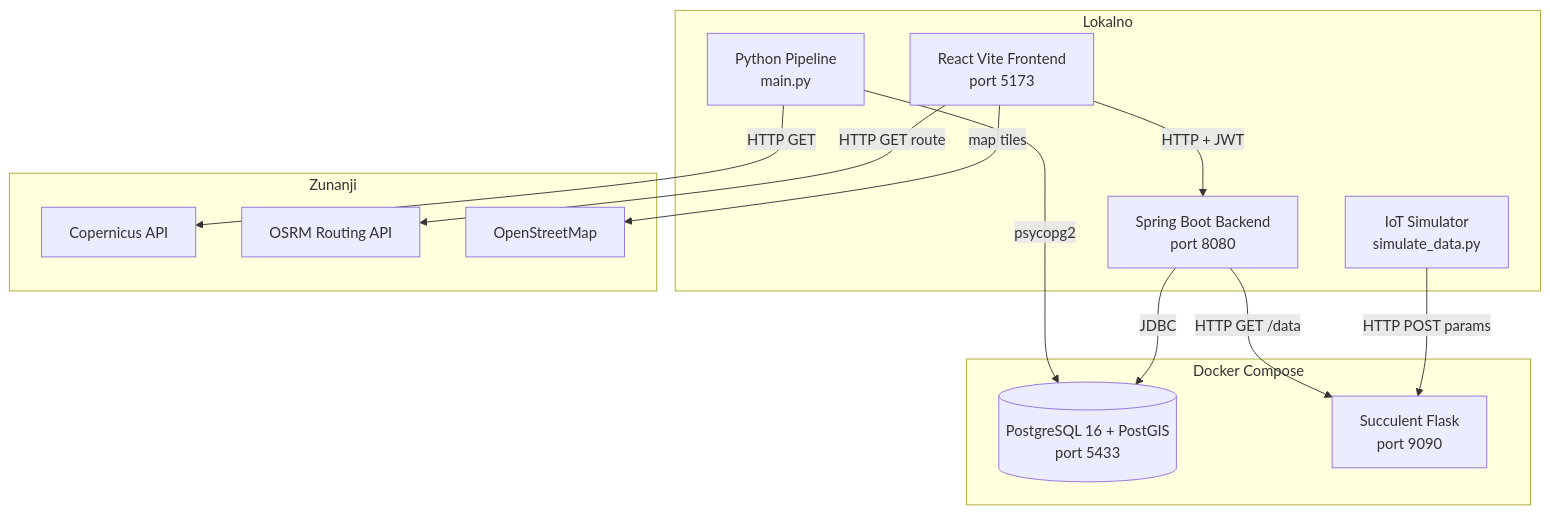
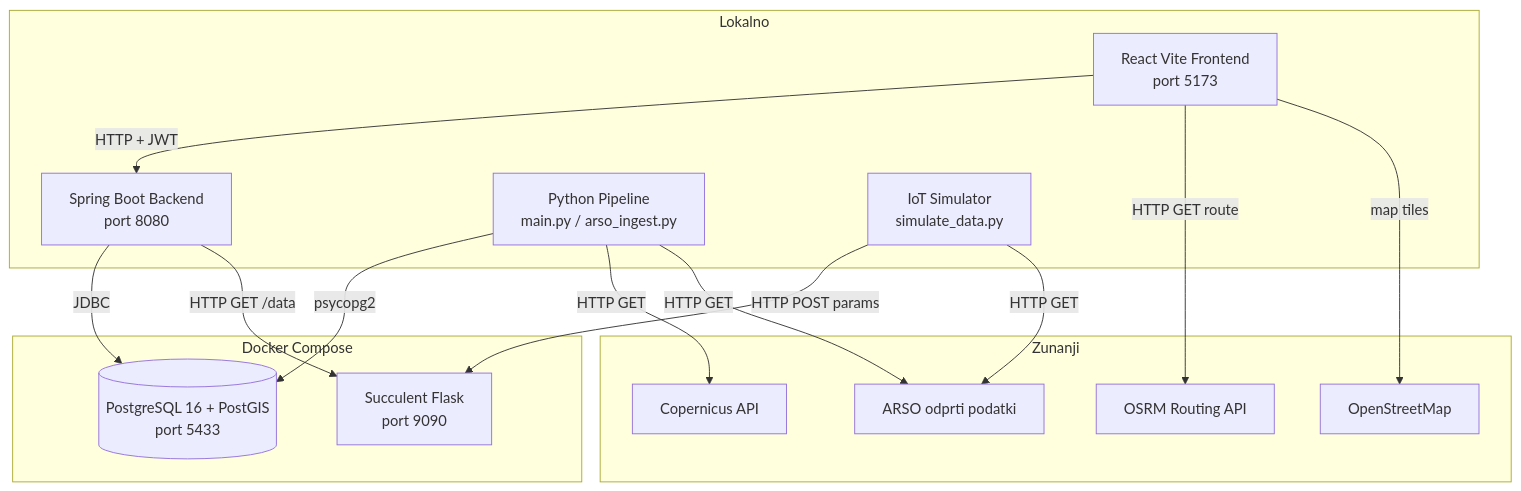
One commit to Lupet007/ecoflow changed the seventh of 10 diagrams in README.md. Above: the diagram before and after it, drawn with Mermaid. The commit also changed other lines of this file, not shown here.

````diff
--- a/README.md
+++ b/README.md
@@ -384,29 +499,32 @@
 ```mermaid
 graph TD
     subgraph "Docker Compose"
         PG[(PostgreSQL 16 + PostGIS\nport 5433)]
         SUC[Succulent Flask\nport 9090]
     end
 
     subgraph "Lokalno"
         SB[Spring Boot Backend\nport 8080]
         VITE[React Vite Frontend\nport 5173]
-        PY[Python Pipeline\nmain.py]
+        PY[Python Pipeline\nmain.py / arso_ingest.py]
         SIM[IoT Simulator\nsimulate_data.py]
     end
 
     subgraph "Zunanji"
         COPS[Copernicus API]
+        ARSOEXT[ARSO odprti podatki]
         OSRM[OSRM Routing API]
         OSM[OpenStreetMap]
     end
 
     VITE -->|HTTP + JWT| SB
     SB -->|JDBC| PG
     PY -->|psycopg2| PG
     PY -->|HTTP GET| COPS
+    PY -->|HTTP GET| ARSOEXT
     SIM -->|HTTP POST params| SUC
+    SIM -->|HTTP GET| ARSOEXT
     SB -->|HTTP GET /data| SUC
     VITE -->|HTTP GET route| OSRM
     VITE -->|map tiles| OSM
 ```
````
